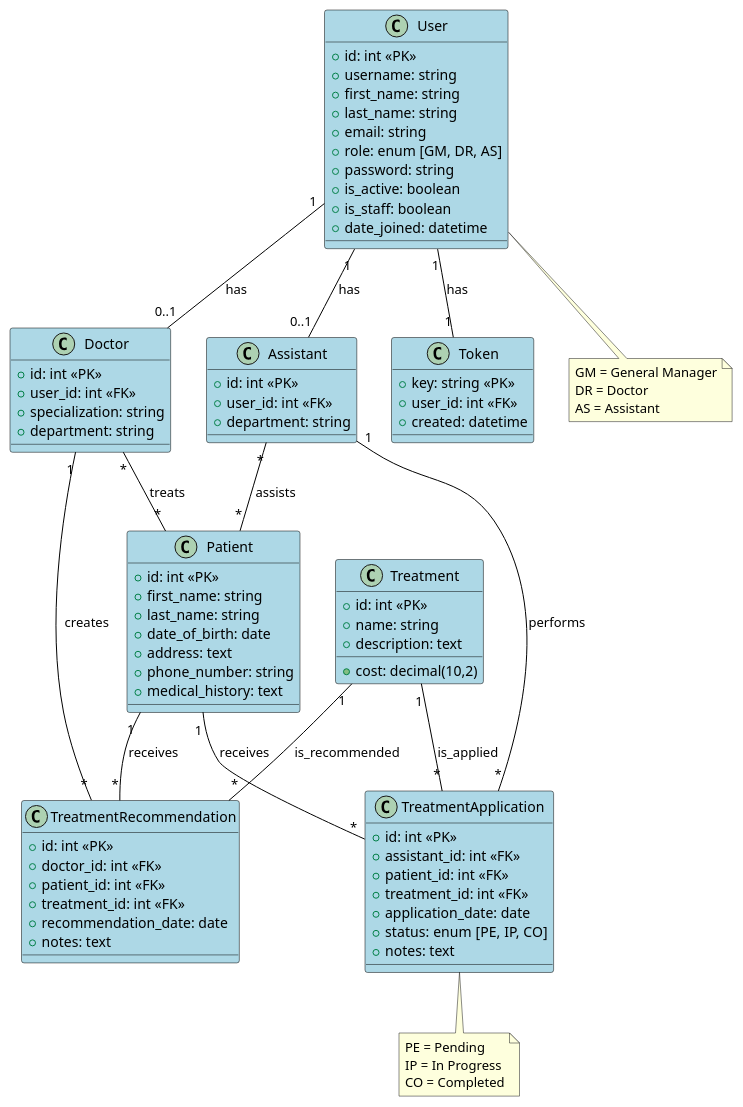
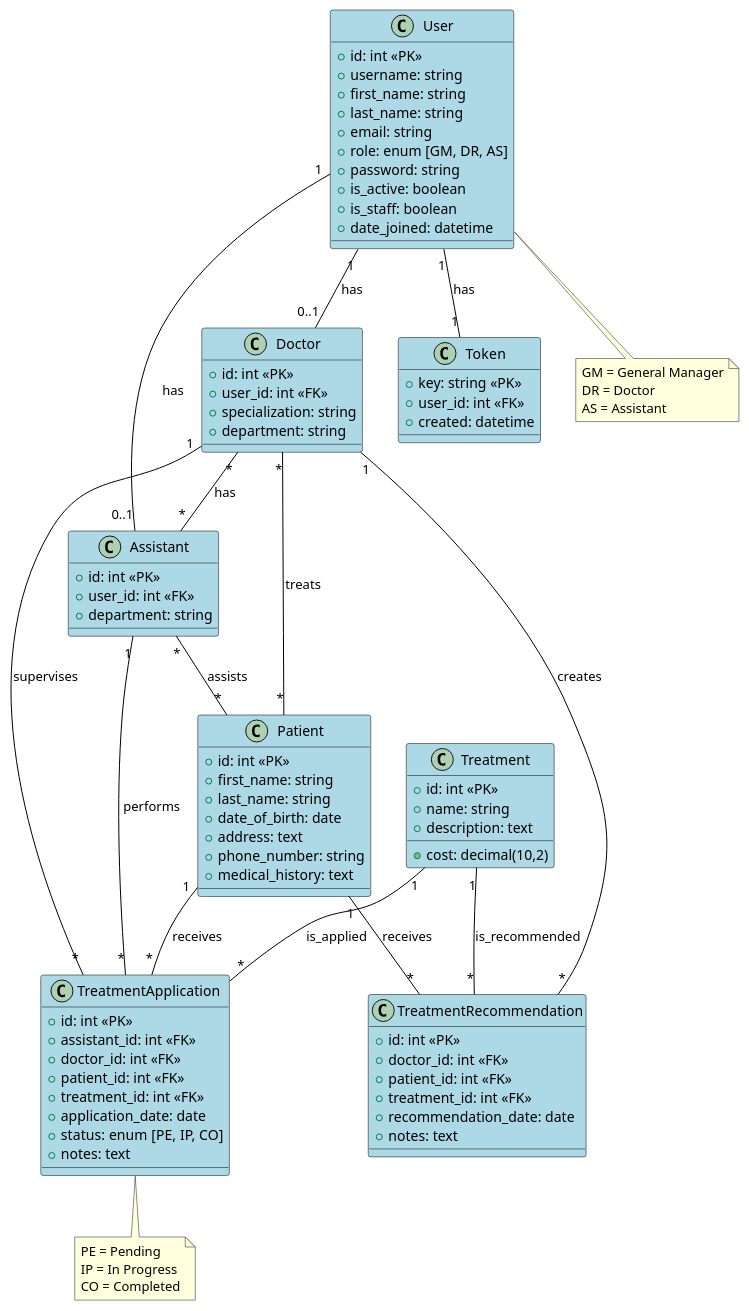
The diagram in hospital_erd.puml (Apostu0Alexandru/MedAPI-Hospital-Management-System-REST-API), drawn with PlantUML before and after one commit. The commit also changed 1 other file, not shown here.

Commit message:
add relationship between doctor and assitant as well as a diagram

```diff
--- a/hospital_erd.puml
+++ b/hospital_erd.puml
@@ -1,101 +1,104 @@
 @startuml Hospital Management System ERD
 
 ' Style settings
 skinparam class {
     BackgroundColor LightBlue
     ArrowColor Black
     BorderColor Black
 }
 
 ' Base User class
 class User {
     + id: int <<PK>>
     + username: string
     + first_name: string
     + last_name: string
     + email: string
     + role: enum [GM, DR, AS]
     + password: string
     + is_active: boolean
     + is_staff: boolean
     + date_joined: datetime
 }
 
 class Doctor {
     + id: int <<PK>>
     + user_id: int <<FK>>
     + specialization: string
     + department: string
 }
 
 class Assistant {
     + id: int <<PK>>
     + user_id: int <<FK>>
     + department: string
 }
 
 class Patient {
     + id: int <<PK>>
     + first_name: string
     + last_name: string
     + date_of_birth: date
     + address: text
     + phone_number: string
     + medical_history: text
 }
 
 class Treatment {
     + id: int <<PK>>
     + name: string
     + description: text
     + cost: decimal(10,2)
 }
 
 class TreatmentRecommendation {
     + id: int <<PK>>
     + doctor_id: int <<FK>>
     + patient_id: int <<FK>>
     + treatment_id: int <<FK>>
     + recommendation_date: date
     + notes: text
 }
 
 class TreatmentApplication {
     + id: int <<PK>>
     + assistant_id: int <<FK>>
+    + doctor_id: int <<FK>>
     + patient_id: int <<FK>>
     + treatment_id: int <<FK>>
     + application_date: date
     + status: enum [PE, IP, CO]
     + notes: text
 }
 
 class Token {
     + key: string <<PK>>
     + user_id: int <<FK>>
     + created: datetime
 }
 
 ' Relationships with cardinality
 User "1" -- "0..1" Doctor : has
 User "1" -- "0..1" Assistant : has
 User "1" -- "1" Token : has
 
 Doctor "*" -- "*" Patient : treats
 Assistant "*" -- "*" Patient : assists
+Doctor "*" -- "*" Assistant : has
 
 Doctor "1" -- "*" TreatmentRecommendation : creates
 Patient "1" -- "*" TreatmentRecommendation : receives
 Treatment "1" -- "*" TreatmentRecommendation : is_recommended
 
 Assistant "1" -- "*" TreatmentApplication : performs
+Doctor "1" -- "*" TreatmentApplication : supervises
 Patient "1" -- "*" TreatmentApplication : receives
 Treatment "1" -- "*" TreatmentApplication : is_applied
 
 note "PE = Pending\nIP = In Progress\nCO = Completed" as N1
 TreatmentApplication .. N1
 
 note "GM = General Manager\nDR = Doctor\nAS = Assistant" as N2
 User .. N2
 
 @enduml 
```
